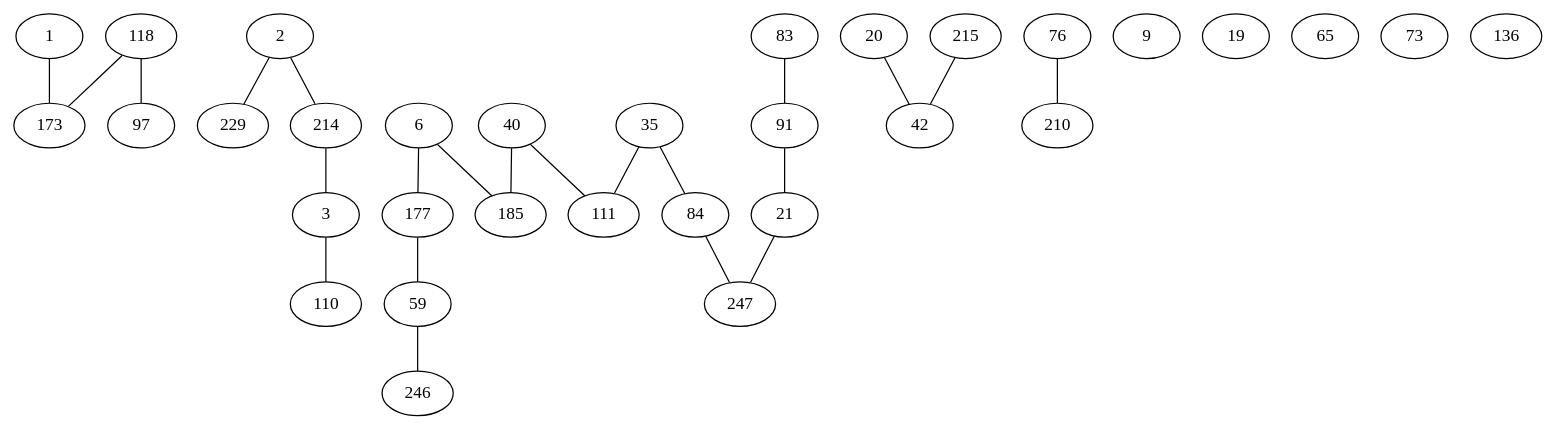
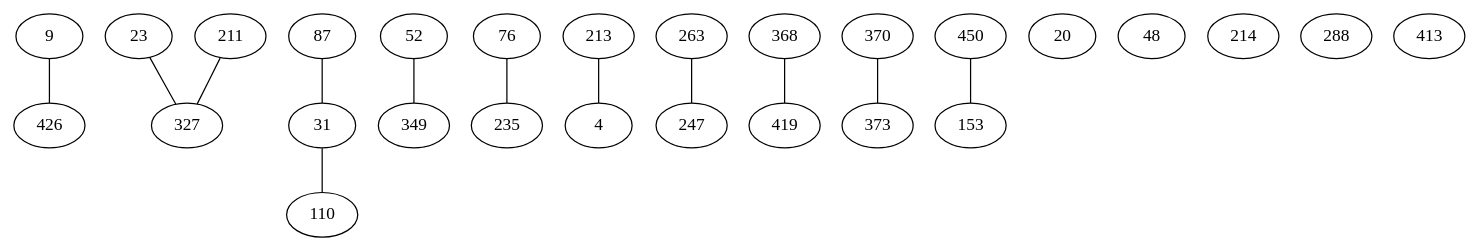
One commit to AuCson/Genome-Assembly-Implementation changed the diagram in external/dbg2olc/StrongRawBestOverlapGraph.dot. Above: the diagram before and after it, drawn with Graphviz. The commit also changed 67 other files, not shown here.

```diff
--- a/external/dbg2olc/StrongRawBestOverlapGraph.dot
+++ b/external/dbg2olc/StrongRawBestOverlapGraph.dot
@@ -1,78 +1,53 @@
 strict graph G {
-1 -- 173;
-2 -- 229;
-3 -- 110;
-6 -- 185;
-20 -- 42;
-21 -- 247;
-35 -- 111;
-40 -- 111;
-42 -- 20;
-59 -- 246;
-83 -- 91;
-84 -- 247;
-91 -- 21;
-111 -- 35;
-118 -- 97;
-173 -- 1;
-177 -- 59;
-185 -- 6;
-214 -- 3;
-215 -- 42;
-229 -- 2;
-246 -- 59;
-247 -- 21;
-2 -- 214;
-3 -- 214;
-6 -- 177;
-21 -- 91;
-35 -- 84;
-40 -- 185;
-42 -- 215;
-59 -- 177;
-76 -- 210;
-84 -- 35;
-91 -- 83;
-97 -- 118;
-110 -- 3;
-111 -- 40;
-118 -- 173;
-173 -- 118;
-177 -- 6;
-185 -- 40;
-210 -- 76;
-214 -- 2;
-247 -- 84;
-1
-2
-3
-6
+9 -- 426;
+23 -- 327;
+31 -- 110;
+52 -- 349;
+76 -- 235;
+87 -- 31;
+110 -- 31;
+211 -- 327;
+213 -- 4;
+235 -- 76;
+263 -- 247;
+327 -- 211;
+349 -- 52;
+368 -- 419;
+370 -- 373;
+450 -- 153;
+4 -- 213;
+31 -- 87;
+153 -- 450;
+247 -- 263;
+327 -- 23;
+373 -- 370;
+419 -- 368;
+426 -- 9;
+4
 9
-19
 20
-21
-35
-40
-42
-59
-65
-73
+23
+31
+48
+52
 76
-83
-84
-91
-97
+87
 110
-111
-118
-136
-173
-177
-185
-210
+153
+211
+213
 214
-215
-229
-246
+235
 247
+263
+288
+327
+349
+368
+370
+373
+413
+419
+426
+450
 }
```
